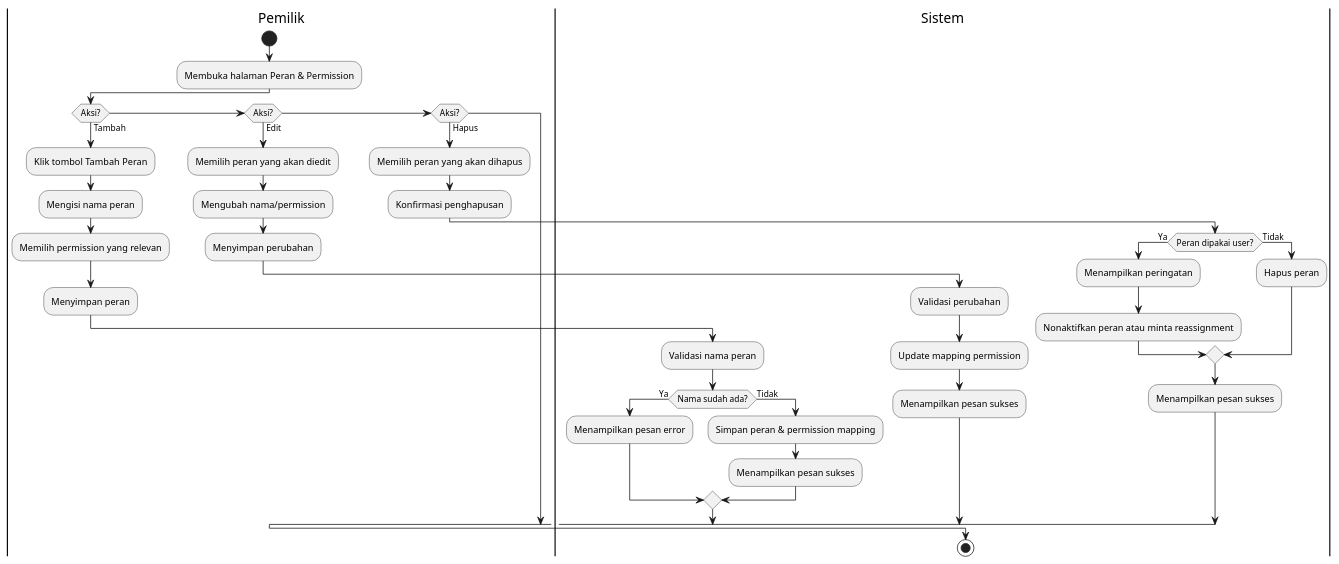
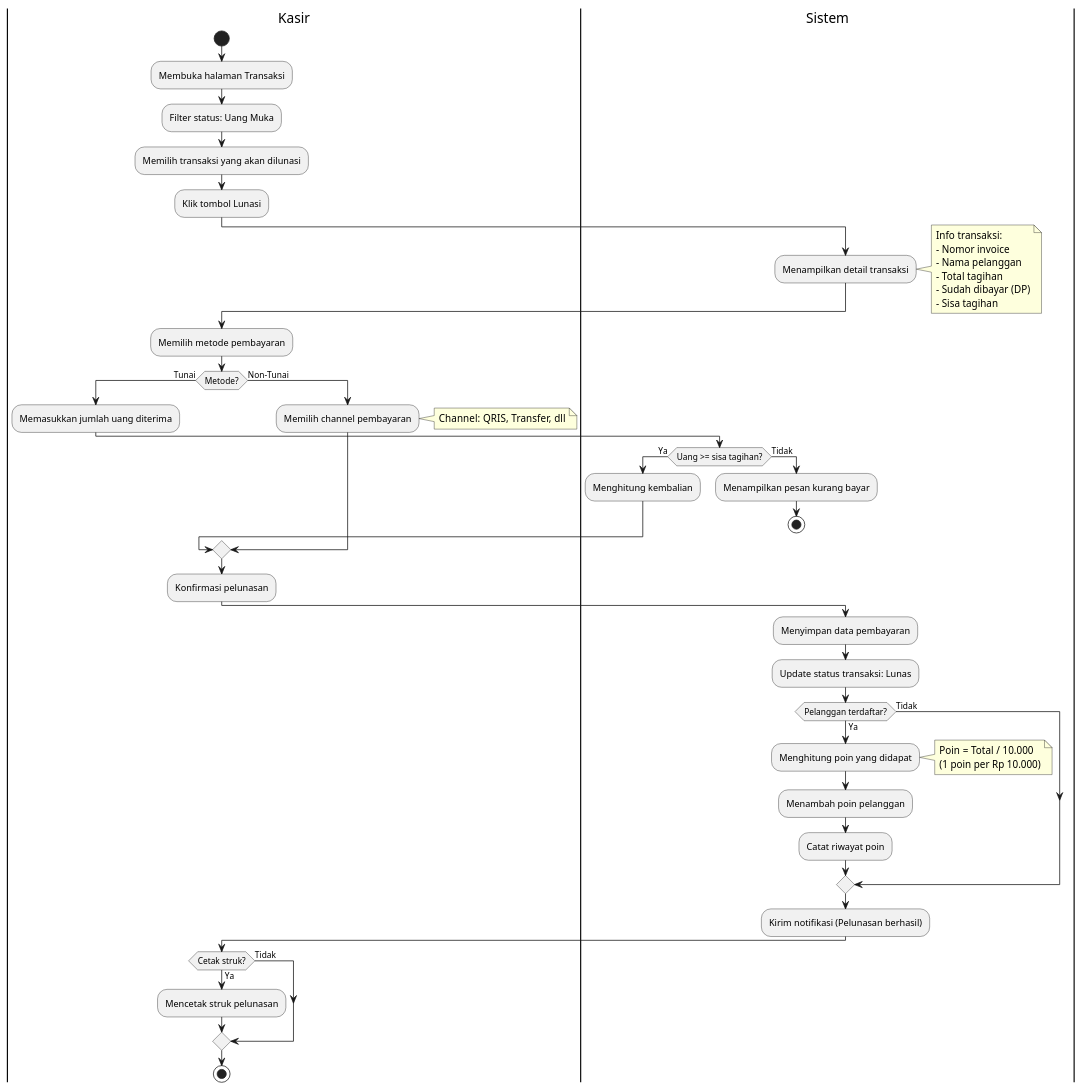
The fifth of 21 diagrams in docs/diagrams/02_ACTIVITY_DIAGRAM.md (pawon3d/pawon3d), drawn with PlantUML before and after one commit. The commit also changed other lines of this file and 20 other files, not shown here.

````diff
--- a/docs/diagrams/02_ACTIVITY_DIAGRAM.md
+++ b/docs/diagrams/02_ACTIVITY_DIAGRAM.md
@@ -100,53 +335,74 @@
 ```plantuml
-@startuml Activity Diagram - Proses Mengelola Peran
+@startuml Activity Diagram - Proses Pelunasan Pembayaran
 
-|Pemilik|
+|Kasir|
 start
-:Membuka halaman Peran & Permission;
+:Membuka halaman Transaksi;
+:Filter status: Uang Muka;
 
-if (Aksi?) then (Tambah)
-    :Klik tombol Tambah Peran;
-    :Mengisi nama peran;
-    :Memilih permission yang relevan;
-    :Menyimpan peran;
+:Memilih transaksi yang akan dilunasi;
+:Klik tombol Lunasi;
+
+|Sistem|
+:Menampilkan detail transaksi;
+note right
+  Info transaksi:
+  - Nomor invoice
+  - Nama pelanggan
+  - Total tagihan
+  - Sudah dibayar (DP)
+  - Sisa tagihan
+end note
+
+|Kasir|
+:Memilih metode pembayaran;
+
+if (Metode?) then (Tunai)
+    :Memasukkan jumlah uang diterima;
 
     |Sistem|
-    :Validasi nama peran;
-    if (Nama sudah ada?) then (Ya)
-        :Menampilkan pesan error;
+    if (Uang >= sisa tagihan?) then (Ya)
+        :Menghitung kembalian;
     else (Tidak)
-        :Simpan peran & permission mapping;
-        :Menampilkan pesan sukses;
+        :Menampilkan pesan kurang bayar;
+        stop
     endif
 
-else if (Aksi?) then (Edit)
-    |Pemilik|
-    :Memilih peran yang akan diedit;
-    :Mengubah nama/permission;
-    :Menyimpan perubahan;
+else (Non-Tunai)
+    |Kasir|
+    :Memilih channel pembayaran;
+    note right
+      Channel: QRIS, Transfer, dll
+    end note
+endif
 
-    |Sistem|
-    :Validasi perubahan;
-    :Update mapping permission;
-    :Menampilkan pesan sukses;
+|Kasir|
+:Konfirmasi pelunasan;
 
-else if (Aksi?) then (Hapus)
-    |Pemilik|
-    :Memilih peran yang akan dihapus;
-    :Konfirmasi penghapusan;
+|Sistem|
+:Menyimpan data pembayaran;
+:Update status transaksi: Lunas;
 
-    |Sistem|
-    if (Peran dipakai user?) then (Ya)
-        :Menampilkan peringatan;
-        :Nonaktifkan peran atau minta reassignment;
-    else (Tidak)
-        :Hapus peran;
-    endif
-    :Menampilkan pesan sukses;
+if (Pelanggan terdaftar?) then (Ya)
+    :Menghitung poin yang didapat;
+    note right
+      Poin = Total / 10.000
+      (1 poin per Rp 10.000)
+    end note
+    :Menambah poin pelanggan;
+    :Catat riwayat poin;
+else (Tidak)
+endif
+
+:Kirim notifikasi (Pelunasan berhasil);
+
+|Kasir|
+if (Cetak struk?) then (Ya)
+    :Mencetak struk pelunasan;
+else (Tidak)
 endif
 
 stop
 
 @enduml
-
 ```
````
